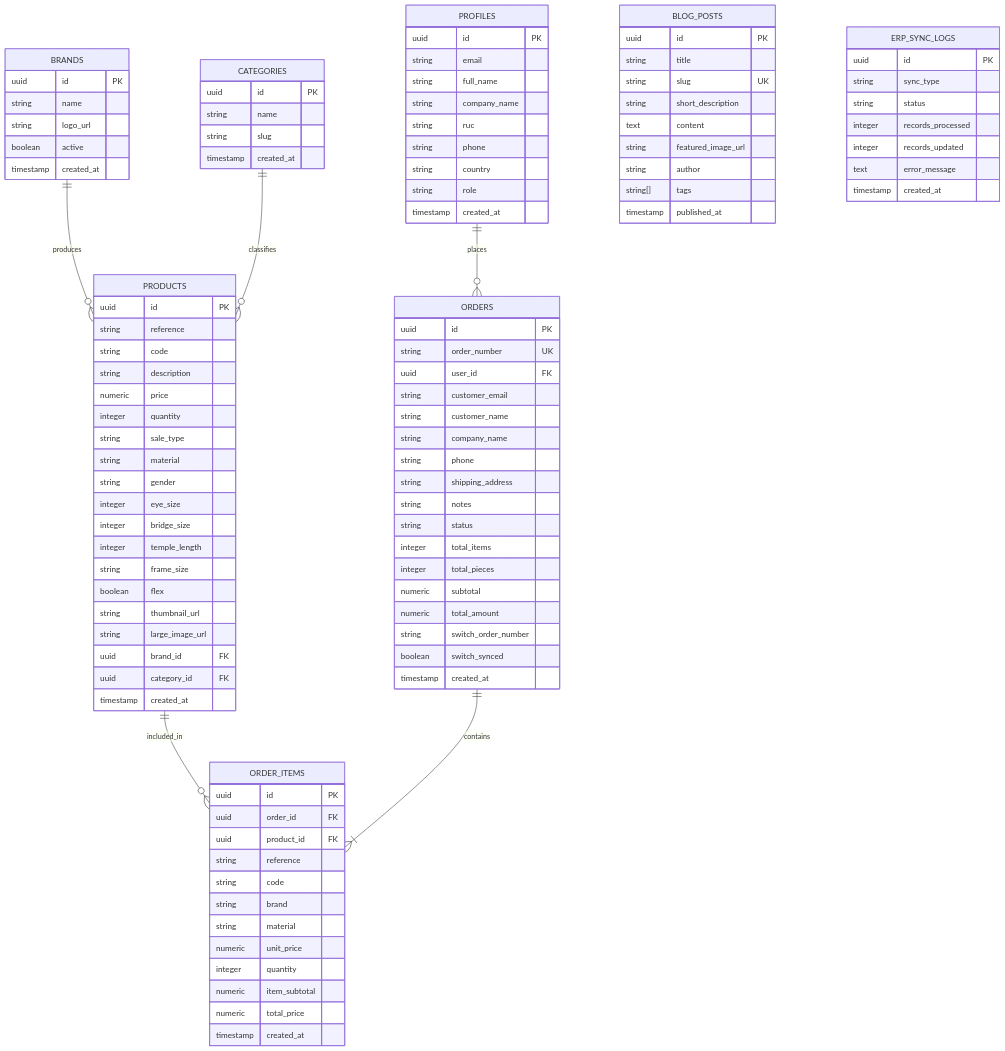
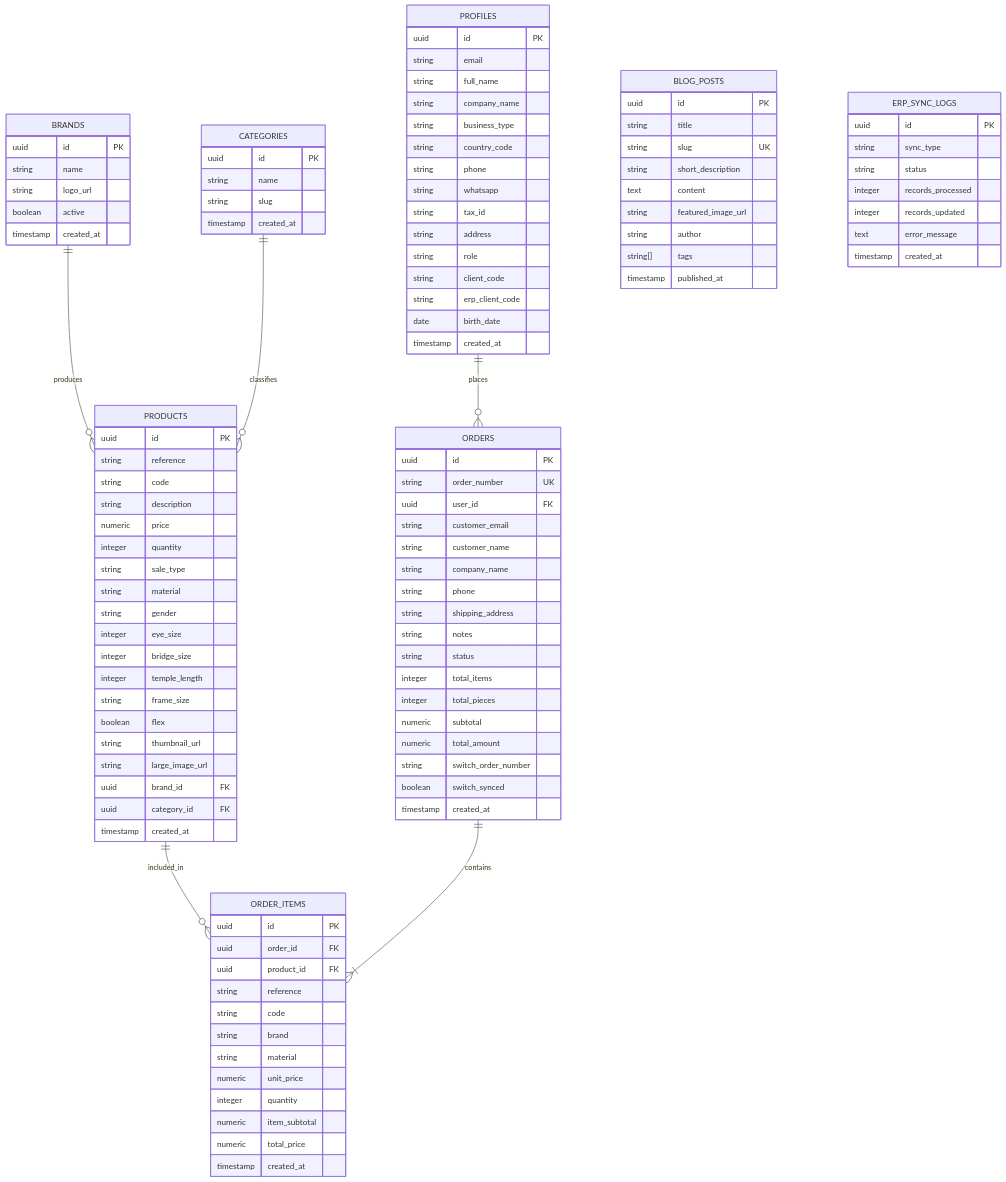
The diagram in docs/DATABASE_SCHEMA.md (dubroswix-png/dubros-app), drawn with Mermaid before and after one commit. The commit also changed other lines of this file and 3 other files, not shown here.

```diff
--- a/docs/DATABASE_SCHEMA.md
+++ b/docs/DATABASE_SCHEMA.md
@@ -14,10 +14,16 @@
         string email
         string full_name
         string company_name
-        string ruc
+        string business_type
+        string country_code
         string phone
-        string country
+        string whatsapp
+        string tax_id
+        string address
         string role
+        string client_code
+        string erp_client_code
+        date birth_date
         timestamp created_at
     }
 
```
